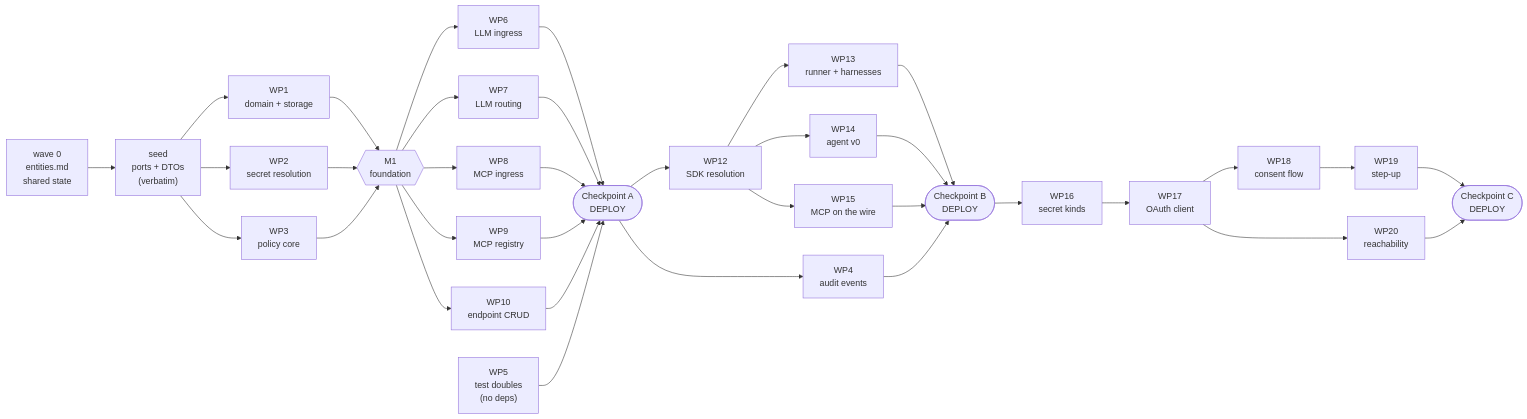
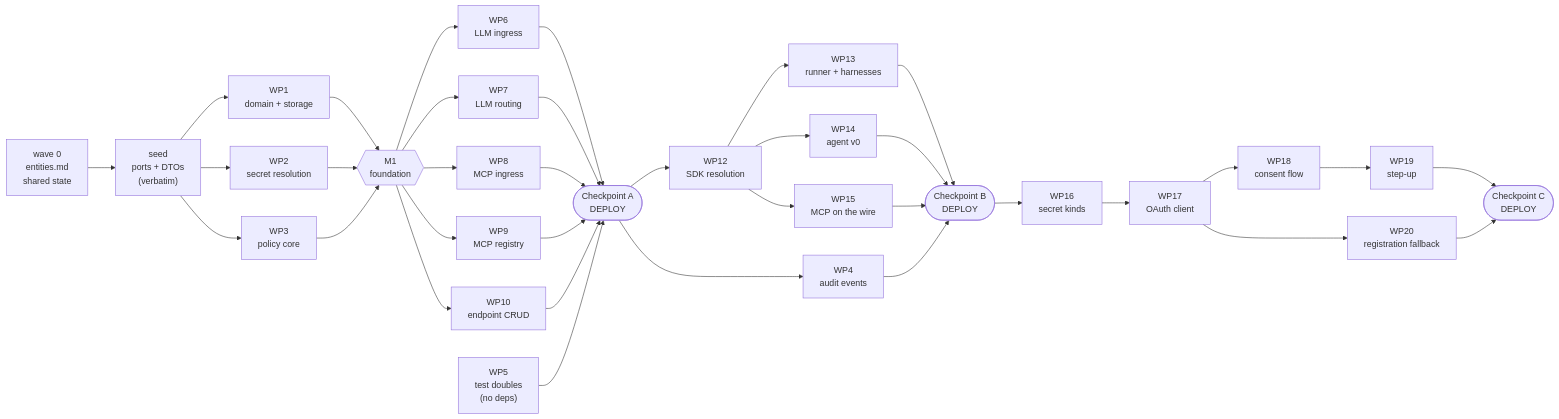
Before and after one commit to Agenta-AI/agenta: the diagram in docs/design/gateways-research/v1/plan.md, drawn with Mermaid. The commit also changed other lines of this file and 4 other files, not shown here.

````diff
--- a/docs/design/gateways-research/v1/plan.md
+++ b/docs/design/gateways-research/v1/plan.md
@@ -102,27 +102,27 @@
 ```mermaid
 flowchart LR
     W0["wave 0<br/>entities.md<br/>shared state"] --> S["seed<br/>ports + DTOs<br/>(verbatim)"]
     S --> WP1["WP1<br/>domain + storage"]
     S --> WP2["WP2<br/>secret resolution"]
     S --> WP3["WP3<br/>policy core"]
     WP5["WP5<br/>test doubles<br/>(no deps)"]
     WP1 & WP2 & WP3 --> M1{{"M1<br/>foundation"}}
     M1 --> WP6["WP6<br/>LLM ingress"]
     M1 --> WP7["WP7<br/>LLM routing"]
     M1 --> WP8["WP8<br/>MCP ingress"]
     M1 --> WP9["WP9<br/>MCP registry"]
     M1 --> WP10["WP10<br/>endpoint CRUD"]
     WP6 & WP7 & WP8 & WP9 & WP10 & WP5 --> CA(["Checkpoint A<br/>DEPLOY"])
     CA --> WP12["WP12<br/>SDK resolution"]
     CA --> WP4["WP4<br/>audit events"]
     WP12 --> WP13["WP13<br/>runner + harnesses"]
     WP12 --> WP14["WP14<br/>agent v0"]
     WP12 --> WP15["WP15<br/>MCP on the wire"]
     WP13 & WP14 & WP15 & WP4 --> CB(["Checkpoint B<br/>DEPLOY"])
     CB --> WP16["WP16<br/>secret kinds"]
     WP16 --> WP17["WP17<br/>OAuth client"]
     WP17 --> WP18["WP18<br/>consent flow"]
-    WP17 --> WP20["WP20<br/>reachability"]
+    WP17 --> WP20["WP20<br/>registration fallback"]
     WP18 --> WP19["WP19<br/>step-up"]
     WP19 & WP20 --> CC(["Checkpoint C<br/>DEPLOY"])
 ```
````
